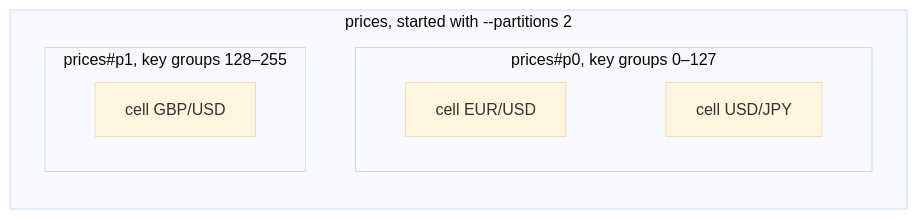
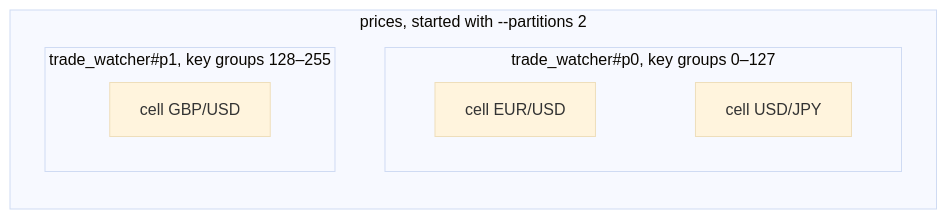
The first of 2 diagrams in docs/guides/tradedesk/partitioning.md (Flezha/flezha), drawn with Mermaid (base theme) before and after one commit. The commit also changed other lines of this file and 10 other files, not shown here.

First line of the commit message:
Call the desk's operators trade_watcher and order_executor

````diff
--- a/docs/guides/tradedesk/partitioning.md
+++ b/docs/guides/tradedesk/partitioning.md
@@ -36,11 +36,11 @@
 ```mermaid
 flowchart LR
     subgraph G["prices, started with --partitions 2"]
-        subgraph P0["prices#p0, key groups 0–127"]
+        subgraph P0["trade_watcher#p0, key groups 0–127"]
             C1["cell EUR/USD"] ~~~ C2["cell USD/JPY"]
         end
-        subgraph P1["prices#p1, key groups 128–255"]
+        subgraph P1["trade_watcher#p1, key groups 128–255"]
             C3["cell GBP/USD"]
         end
     end
 ```
````
